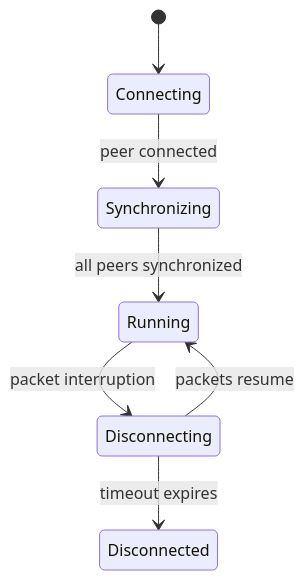
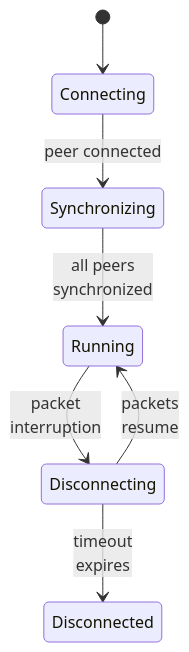
Before and after one commit to irregularthanis/ggpo-next: the third of 7 diagrams in doc/architecture/VectorWar.md, drawn with Mermaid. The commit also changed other lines of this file and 9 other files, not shown here.

Commit message:
docs: wrap Mermaid diagram labels

````diff
--- a/doc/architecture/VectorWar.md
+++ b/doc/architecture/VectorWar.md
@@ -160,9 +160,9 @@
 ```mermaid
 stateDiagram-v2
     [*] --> Connecting
     Connecting --> Synchronizing: peer connected
-    Synchronizing --> Running: all peers synchronized
-    Running --> Disconnecting: packet interruption
-    Disconnecting --> Running: packets resume
-    Disconnecting --> Disconnected: timeout expires
+    Synchronizing --> Running: all peers<br/>synchronized
+    Running --> Disconnecting: packet<br/>interruption
+    Disconnecting --> Running: packets<br/>resume
+    Disconnecting --> Disconnected: timeout<br/>expires
 ```
````
